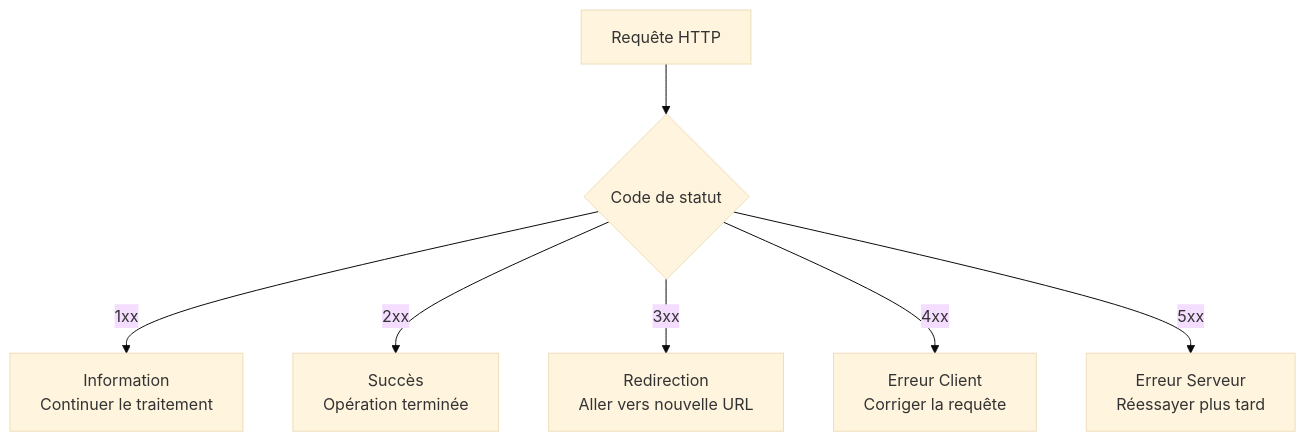
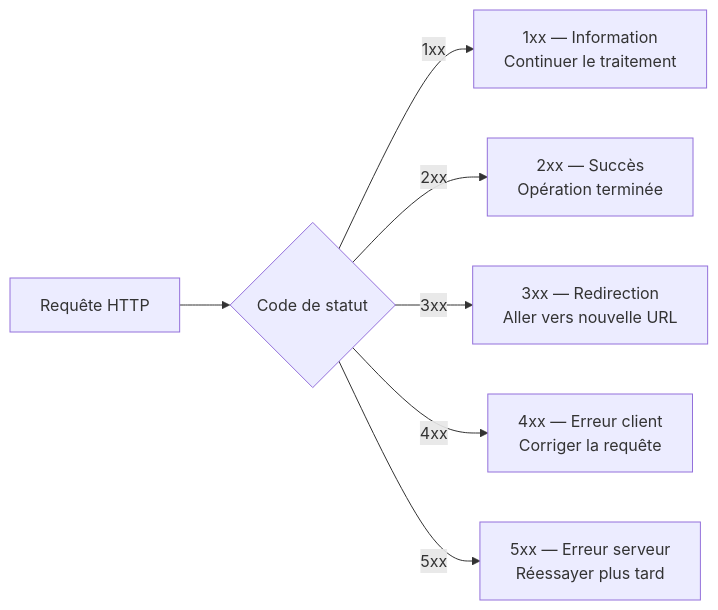
The first of 6 diagrams in docs/bases/concepts/liste-code-erreur.md (zyrass/omnydocs), drawn with Mermaid before and after one commit. The commit also changed other lines of this file and 723 other files, not shown here.

````diff
--- a/docs/bases/concepts/liste-code-erreur.md
+++ b/docs/bases/concepts/liste-code-erreur.md
@@ -68,13 +51,17 @@
 ```mermaid
----
-config:
-  theme: "base"
----
-graph TB
-    A[Requête HTTP] --> B{Code de statut}
-    B -->|1xx| C[Information<br/>Continuer le traitement]
-    B -->|2xx| D[Succès<br/>Opération terminée]
-    B -->|3xx| E[Redirection<br/>Aller vers nouvelle URL]
-    B -->|4xx| F[Erreur Client<br/>Corriger la requête]
-    B -->|5xx| G[Erreur Serveur<br/>Réessayer plus tard]
+flowchart LR
+    A["Requête HTTP"]
+    B{"Code de statut"}
+    C["1xx — Information<br />Continuer le traitement"]
+    D["2xx — Succès<br />Opération terminée"]
+    E["3xx — Redirection<br />Aller vers nouvelle URL"]
+    F["4xx — Erreur client<br />Corriger la requête"]
+    G["5xx — Erreur serveur<br />Réessayer plus tard"]
+
+    A --> B
+    B -->|1xx| C
+    B -->|2xx| D
+    B -->|3xx| E
+    B -->|4xx| F
+    B -->|5xx| G
 ```
````
